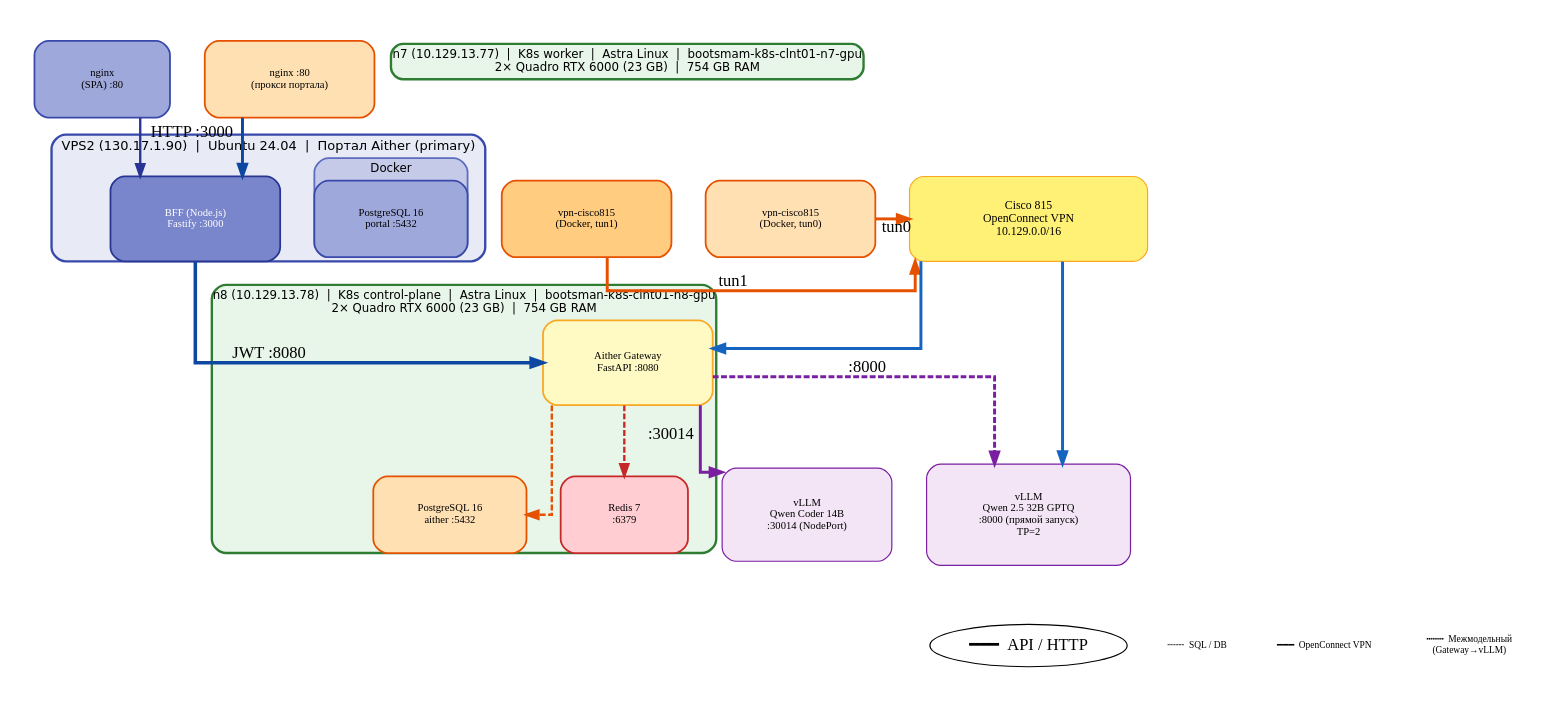
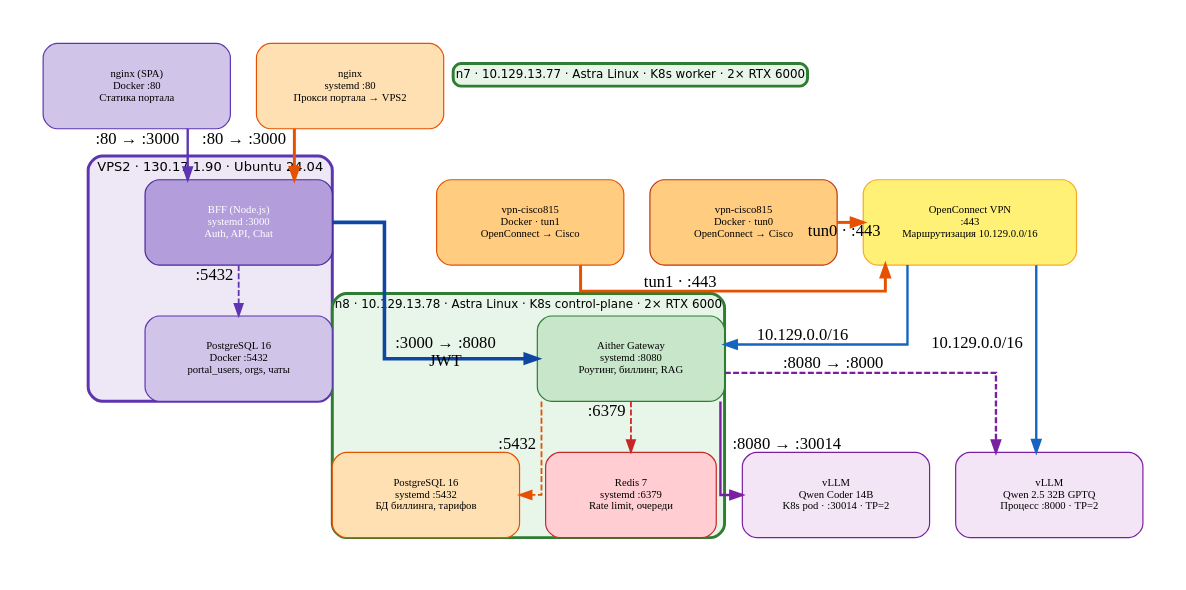
Before and after one commit to dedvmedved-dot/aither-project: the diagram in docs/diagrams/physical-architecture-v3.dot, drawn with Graphviz. The commit also changed 3 other files, not shown here.

Commit message:
docs: Aither architecture — 5 server clusters, port-labelled edges

```diff
--- a/docs/diagrams/physical-architecture-v3.dot
+++ b/docs/diagrams/physical-architecture-v3.dot
@@ -1,178 +1,154 @@
-digraph AitherPhysicalArchitecture {
+digraph AitherArchitecture {
     rankdir=TB
     splines=ortho
-    nodesep=0.4
-    ranksep=0.7
+    nodesep=0.3
+    ranksep=0.6
     fontname="DejaVu Sans"
     fontsize=12
     bgcolor="white"
-    pad=0.3
+    pad=0.4
     margin=0.3
     dpi=72
 
-    // ══════════════════════════════════════════════════════════
-    // VPS2 — Основной портал
-    // ══════════════════════════════════════════════════════════
+    // ═══════════════════════════════════════════════
+    // VPS2
+    // ═══════════════════════════════════════════════
     subgraph cluster_vps2 {
-        label="VPS2 (130.17.1.90)  |  Ubuntu 24.04  |  Портал Aither (primary)"
+        label="VPS2 · 130.17.1.90 · Ubuntu 24.04"
         style="filled,rounded"
-        fillcolor="#e8eaf6"
-        color="#3949ab"
+        fillcolor="#ede7f6"
+        color="#5e35b1"
         fontcolor="#000000"
         fontsize=11
-        penwidth=2
+        penwidth=2.5
 
-        subgraph cluster_vps2_docker {
-            label="Docker"
-            style="filled,rounded"
-            fillcolor="#c5cae9"
-            color="#5c6bc0"
-            fontcolor="#000000"
-            fontsize=10
-            penwidth=1.5
-            node [shape=box, style="filled,rounded", fillcolor="#9fa8da", color="#3949ab", fontcolor="#000000", fontsize=9, penwidth=1.5]
-            v2_nginx [label="nginx\n(SPA) :80", width=1.6, height=0.9]
-            v2_pg [label="PostgreSQL 16\nportal :5432", width=1.8, height=0.9]
-        }
-
-        node [shape=box, style="filled,rounded", fillcolor="#7986cb", color="#283593", fontcolor="#ffffff", fontsize=9, penwidth=1.5]
-        v2_bff [label="BFF (Node.js)\nFastify :3000", width=2.0, height=1.0]
-        v2_vpn [label="vpn-cisco815\n(Docker, tun1)", fillcolor="#ffcc80", color="#e65100", fontcolor="#000000", width=2.0, height=0.9]
+        v2_nginx [shape=box, style="filled,rounded", fillcolor="#d1c4e9", color="#5e35b1", fontcolor="#000000",
+                  label="nginx (SPA)\nDocker :80\nСтатика портала", width=2.2, height=1.0, fontsize=9]
+        v2_pg [shape=box, style="filled,rounded", fillcolor="#d1c4e9", color="#5e35b1", fontcolor="#000000",
+               label="PostgreSQL 16\nDocker :5432\nportal_users, orgs, чаты", width=2.2, height=1.0, fontsize=9]
+        v2_bff [shape=box, style="filled,rounded", fillcolor="#b39ddb", color="#4527a0", fontcolor="#ffffff",
+                label="BFF (Node.js)\nsystemd :3000\nAuth, API, Chat", width=2.2, height=1.0, fontsize=9]
+        v2_vpn [shape=box, style="filled,rounded", fillcolor="#ffcc80", color="#e65100", fontcolor="#000000",
+                label="vpn-cisco815\nDocker · tun1\nOpenConnect → Cisco", width=2.2, height=1.0, fontsize=9]
     }
 
-    // ══════════════════════════════════════════════════════════
-    // VPS3 — Резерв + фронт
-    // ══════════════════════════════════════════════════════════
+    // ═══════════════════════════════════════════════
+    // VPS3
+    // ═══════════════════════════════════════════════
     subgraph cluster_vps3 {
-        label="VPS3 (89.127.217.88)  |  Ubuntu 24.04  |  Резервный портал"
+        label="VPS3 · 89.127.217.88 · Ubuntu 24.04"
         style="filled,rounded"
         fillcolor="#fff3e0"
         color="#e65100"
         fontcolor="#000000"
         fontsize=11
-        penwidth=2
+        penwidth=2.5
 
-        node [shape=box, style="filled,rounded", fillcolor="#ffe0b2", color="#e65100", fontcolor="#000000", fontsize=9, penwidth=1.5]
-        v3_nginx [label="nginx :80\n(прокси портала)", width=2.0, height=0.9]
-        v3_vpn [label="vpn-cisco815\n(Docker, tun0)", width=2.0, height=0.9]
+        v3_nginx [shape=box, style="filled,rounded", fillcolor="#ffe0b2", color="#e65100", fontcolor="#000000",
+                  label="nginx\nsystemd :80\nПрокси портала → VPS2", width=2.2, height=1.0, fontsize=9]
+        v3_vpn [shape=box, style="filled,rounded", fillcolor="#ffcc80", color="#bf360c", fontcolor="#000000",
+                label="vpn-cisco815\nDocker · tun0\nOpenConnect → Cisco", width=2.2, height=1.0, fontsize=9]
     }
 
-    // ══════════════════════════════════════════════════════════
+    // ═══════════════════════════════════════════════
     // Cisco 815
-    // ══════════════════════════════════════════════════════════
+    // ═══════════════════════════════════════════════
     subgraph cluster_cisco {
-        label="Cisco 815 (95.137.2.98)  |  VPN-сервер (тестовая зона)"
+        label="Cisco 815 · 95.137.2.98 · Тестовая зона"
         style="filled,rounded"
         fillcolor="#fff9c4"
         color="#f9a825"
         fontcolor="#000000"
         fontsize=11
-        penwidth=2
+        penwidth=2.5
+
         cisco [shape=box, style="filled,rounded", fillcolor="#fff176", color="#f9a825", fontcolor="#000000",
-               label="Cisco 815\nOpenConnect VPN\n10.129.0.0/16", width=2.8, height=1.0, fontsize=10]
+               label="OpenConnect VPN\n:443\nМаршрутизация 10.129.0.0/16", width=2.5, height=1.0, fontsize=9]
     }
 
-    // ══════════════════════════════════════════════════════════
-    // n8 — control-plane + Gateway
-    // ══════════════════════════════════════════════════════════
+    // ═══════════════════════════════════════════════
+    // n8
+    // ═══════════════════════════════════════════════
     subgraph cluster_n8 {
-        label="n8 (10.129.13.78)  |  K8s control-plane  |  Astra Linux  |  bootsman-k8s-clnt01-n8-gpu\n2× Quadro RTX 6000 (23 GB)  |  754 GB RAM"
+        label="n8 · 10.129.13.78 · Astra Linux · K8s control-plane · 2× RTX 6000"
         style="filled,rounded"
         fillcolor="#e8f5e9"
         color="#2e7d32"
         fontcolor="#000000"
         fontsize=10
-        penwidth=2
+        penwidth=2.5
 
-        subgraph cluster_n8_k8s {
-            label="Kubernetes (v1.33.5)"
-            style="filled,rounded"
-            fillcolor="#c8e6c9"
-            color="#43a047"
-            fontcolor="#000000"
-            fontsize=9
-            penwidth=1.5
-            n8_v14 [shape=box, style="filled,rounded", fillcolor="#f3e5f5", color="#7b1fa2", fontcolor="#000000",
-                    label="vLLM\nQwen Coder 14B\n:30014 (NodePort)", width=2.0, height=1.1, fontsize=9]
-        }
-
-        node [shape=box, style="filled,rounded", fontcolor="#000000", fontsize=9, penwidth=1.5]
-        n8_gw [label="Aither Gateway\nFastAPI :8080", fillcolor="#fff9c4", color="#f9a825", width=2.0, height=1.0]
-        n8_pg [label="PostgreSQL 16\naither :5432", fillcolor="#ffe0b2", color="#e65100", width=1.8, height=0.9]
-        n8_redis [label="Redis 7\n:6379", fillcolor="#ffcdd2", color="#c62828", width=1.5, height=0.9]
+        n8_gw [shape=box, style="filled,rounded", fillcolor="#c8e6c9", color="#2e7d32", fontcolor="#000000",
+               label="Aither Gateway\nsystemd :8080\nРоутинг, биллинг, RAG", width=2.2, height=1.0, fontsize=9]
+        n8_pg [shape=box, style="filled,rounded", fillcolor="#ffe0b2", color="#e65100", fontcolor="#000000",
+               label="PostgreSQL 16\nsystemd :5432\nБД биллинга, тарифов", width=2.2, height=1.0, fontsize=9]
+        n8_redis [shape=box, style="filled,rounded", fillcolor="#ffcdd2", color="#c62828", fontcolor="#000000",
+                  label="Redis 7\nsystemd :6379\nRate limit, очереди", width=2.0, height=1.0, fontsize=9]
+        n8_v14 [shape=box, style="filled,rounded", fillcolor="#f3e5f5", color="#7b1fa2", fontcolor="#000000",
+                label="vLLM\nQwen Coder 14B\nK8s pod · :30014 · TP=2", width=2.2, height=1.0, fontsize=9]
     }
 
-    // ══════════════════════════════════════════════════════════
-    // n7 — worker + vLLM 32B
-    // ══════════════════════════════════════════════════════════
+    // ═══════════════════════════════════════════════
+    // n7
+    // ═══════════════════════════════════════════════
     subgraph cluster_n7 {
-        label="n7 (10.129.13.77)  |  K8s worker  |  Astra Linux  |  bootsmam-k8s-clnt01-n7-gpu\n2× Quadro RTX 6000 (23 GB)  |  754 GB RAM"
+        label="n7 · 10.129.13.77 · Astra Linux · K8s worker · 2× RTX 6000"
         style="filled,rounded"
         fillcolor="#e8f5e9"
         color="#2e7d32"
         fontcolor="#000000"
         fontsize=10
-        penwidth=2
+        penwidth=2.5
+
         n7_v32 [shape=box, style="filled,rounded", fillcolor="#f3e5f5", color="#7b1fa2", fontcolor="#000000",
-                label="vLLM\nQwen 2.5 32B GPTQ\n:8000 (прямой запуск)\nTP=2", width=2.4, height=1.2, fontsize=9]
+                label="vLLM\nQwen 2.5 32B GPTQ\nПроцесс :8000 · TP=2", width=2.2, height=1.0, fontsize=9]
         n7_dummy [shape=point, style=invis, width=0, height=0]
     }
 
-    // ══════════════════════════════════════════════════════════
+    // ═══════════════════════════════════════════════
     // RANK
-    // ══════════════════════════════════════════════════════════
-    { rank=same; v3_nginx; v2_nginx }
-    { rank=same; v3_vpn; v2_vpn; cisco }
+    // ═══════════════════════════════════════════════
+    { rank=same; v2_nginx; v3_nginx }
+    { rank=same; v2_vpn; v3_vpn; cisco }
     { rank=same; n8_v14; n7_v32 }
 
-    // ══════════════════════════════════════════════════════════
-    // EDGES
-    // ══════════════════════════════════════════════════════════
+    // ═══════════════════════════════════════════════
+    // EDGES — порт отправителя → порт получателя
+    // ═══════════════════════════════════════════════
 
-    // VPS2 internal
-    v2_nginx -> v2_bff [color="#283593", penwidth=2.0, style=solid]
+    // VPS3 nginx → VPS2 BFF
+    v3_nginx -> v2_bff [color="#e65100", penwidth=2.5, style=bold, xlabel=":80 → :3000"]
 
-    // VPS3 nginx → VPS2 BFF (portal proxy)
-    v3_nginx -> v2_bff [color="#0d47a1", penwidth=2.5, style=bold, xlabel="HTTP :3000"]
+    // VPS2 nginx → VPS2 BFF
+    v2_nginx -> v2_bff [color="#5e35b1", penwidth=2.0, style=solid, xlabel=":80 → :3000"]
 
-    // OpenConnect VPN
-    v2_vpn -> cisco [color="#e65100", penwidth=2.5, style=bold, xlabel="tun1"]
-    v3_vpn -> cisco [color="#e65100", penwidth=2.5, style=bold, xlabel="tun0"]
+    // VPS2 BFF → VPS2 PG
+    v2_bff -> v2_pg [color="#5e35b1", penwidth=1.5, style=dashed, xlabel=":5432"]
 
-    // Cisco → GPU nodes
-    cisco -> n8_gw [color="#1565c0", penwidth=2.5, style=solid]
-    cisco -> n7_v32 [color="#1565c0", penwidth=2.5, style=solid]
+    // VPS2 VPN → Cisco
+    v2_vpn -> cisco [color="#e65100", penwidth=2.5, style=bold, xlabel="tun1 · :443"]
+
+    // VPS3 VPN → Cisco
+    v3_vpn -> cisco [color="#e65100", penwidth=2.5, style=bold, xlabel="tun0 · :443"]
+
+    // Cisco → n8
+    cisco -> n8_gw [color="#1565c0", penwidth=2.0, style=solid, xlabel="10.129.0.0/16"]
+
+    // Cisco → n7
+    cisco -> n7_v32 [color="#1565c0", penwidth=2.0, style=solid, xlabel="10.129.0.0/16"]
 
     // BFF → Gateway
-    v2_bff -> n8_gw [color="#0d47a1", penwidth=3.0, style=bold, xlabel="JWT :8080"]
+    v2_bff -> n8_gw [color="#0d47a1", penwidth=3.0, style=bold, xlabel=":3000 → :8080\nJWT"]
 
-    // Gateway → vLLM
-    n8_gw -> n8_v14 [color="#7b1fa2", penwidth=2.5, style=solid, xlabel=":30014"]
-    n8_gw -> n7_v32 [color="#7b1fa2", penwidth=2.5, style=dashed, xlabel=":8000"]
+    // Gateway → n8 vLLM 14B
+    n8_gw -> n8_v14 [color="#7b1fa2", penwidth=2.0, style=solid, xlabel=":8080 → :30014"]
 
-    // Gateway → DB/Redis
-    n8_gw -> n8_pg [color="#e65100", penwidth=2.0, style=dashed]
-    n8_gw -> n8_redis [color="#c62828", penwidth=2.0, style=dashed]
+    // Gateway → n7 vLLM 32B
+    n8_gw -> n7_v32 [color="#7b1fa2", penwidth=2.0, style=dashed, xlabel=":8080 → :8000"]
 
-    // ══════════════════════════════════════════════════════════
-    // LEGEND
-    // ══════════════════════════════════════════════════════════
-    n7_v32 -> le1 [style=invis, weight=0]
+    // Gateway → PG
+    n8_gw -> n8_pg [color="#e65100", penwidth=1.5, style=dashed, xlabel=":5432"]
 
-    subgraph cluster_legend {
-        label="Условные обозначения"
-        style="filled,rounded"
-        fillcolor="#fafafa"
-        color="#bdbdbd"
-        fontcolor="#000000"
-        fontsize=11
-        peripheries=1
-        node [shape=plaintext, fillcolor="#fafafa", color="#fafafa", fontsize=8, fontcolor="#000000", margin="0.03,0.02"]
-        le1 [label="━━━  API / HTTP"]
-        le2 [label="╌╌╌  SQL / DB"]
-        le3 [label="━━━  OpenConnect VPN"]
-        le4 [label="┅┅┅  Межмодельный\n(Gateway→vLLM)"]
-        le1 -> le2 -> le3 -> le4 [style=invis]
-    }
-    { rank=same; le1; le2; le3; le4 }
+    // Gateway → Redis
+    n8_gw -> n8_redis [color="#c62828", penwidth=1.5, style=dashed, xlabel=":6379"]
 }
```
